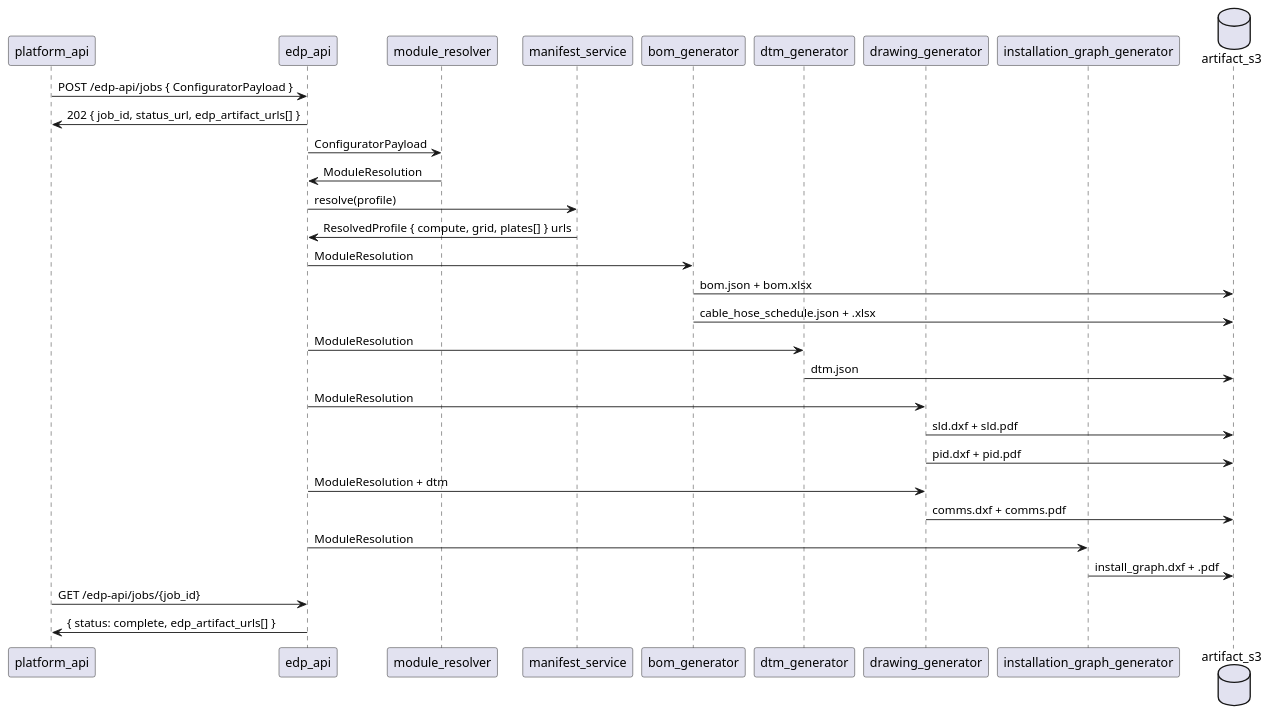
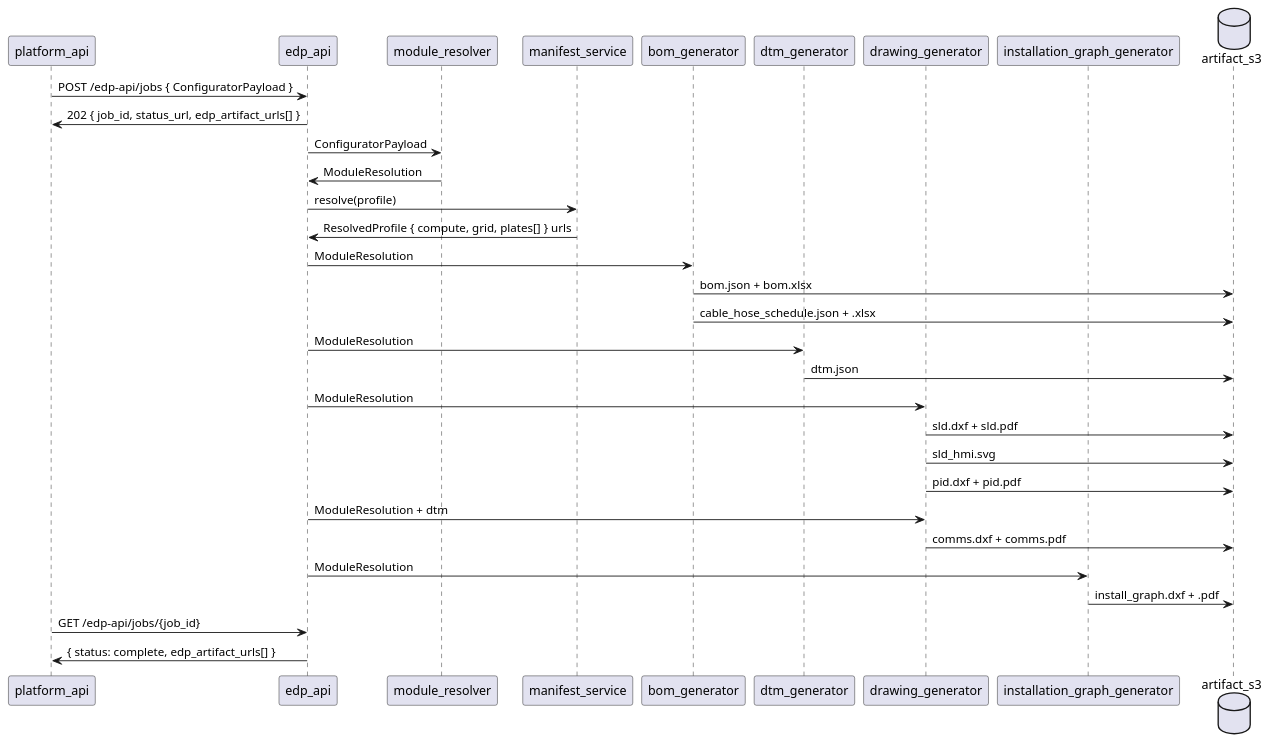
The diagram in readme.md (arcnode-io/edp-api), drawn with PlantUML before and after one commit. The commit also changed other lines of this file and 25 other files, not shown here.

First line of the commit message:
✨ feat(drawing): emit sld_hmi.svg per deployment with HMI hooks

````diff
--- a/readme.md
+++ b/readme.md
@@ -51,40 +52,41 @@
 ```plantuml
 participant platform_api
 participant edp_api
 participant module_resolver
 participant manifest_service
 participant bom_generator
 participant dtm_generator
 participant drawing_generator
 participant installation_graph_generator
 database artifact_s3
 
 platform_api -> edp_api: POST /edp-api/jobs { ConfiguratorPayload }
 edp_api -> platform_api: 202 { job_id, status_url, edp_artifact_urls[] }
 
 edp_api -> module_resolver: ConfiguratorPayload
 module_resolver -> edp_api: ModuleResolution
 
 edp_api -> manifest_service: resolve(profile)
 manifest_service -> edp_api: ResolvedProfile { compute, grid, plates[] } urls
 
 edp_api -> bom_generator: ModuleResolution
 bom_generator -> artifact_s3: bom.json + bom.xlsx
 bom_generator -> artifact_s3: cable_hose_schedule.json + .xlsx
 
 edp_api -> dtm_generator: ModuleResolution
 dtm_generator -> artifact_s3: dtm.json
 
 edp_api -> drawing_generator: ModuleResolution
 drawing_generator -> artifact_s3: sld.dxf + sld.pdf
+drawing_generator -> artifact_s3: sld_hmi.svg
 drawing_generator -> artifact_s3: pid.dxf + pid.pdf
 
 edp_api -> drawing_generator: ModuleResolution + dtm
 drawing_generator -> artifact_s3: comms.dxf + comms.pdf
 
 edp_api -> installation_graph_generator: ModuleResolution
 installation_graph_generator -> artifact_s3: install_graph.dxf + .pdf
 
 platform_api -> edp_api: GET /edp-api/jobs/{job_id}
 edp_api -> platform_api: { status: complete, edp_artifact_urls[] }
 ```
````
